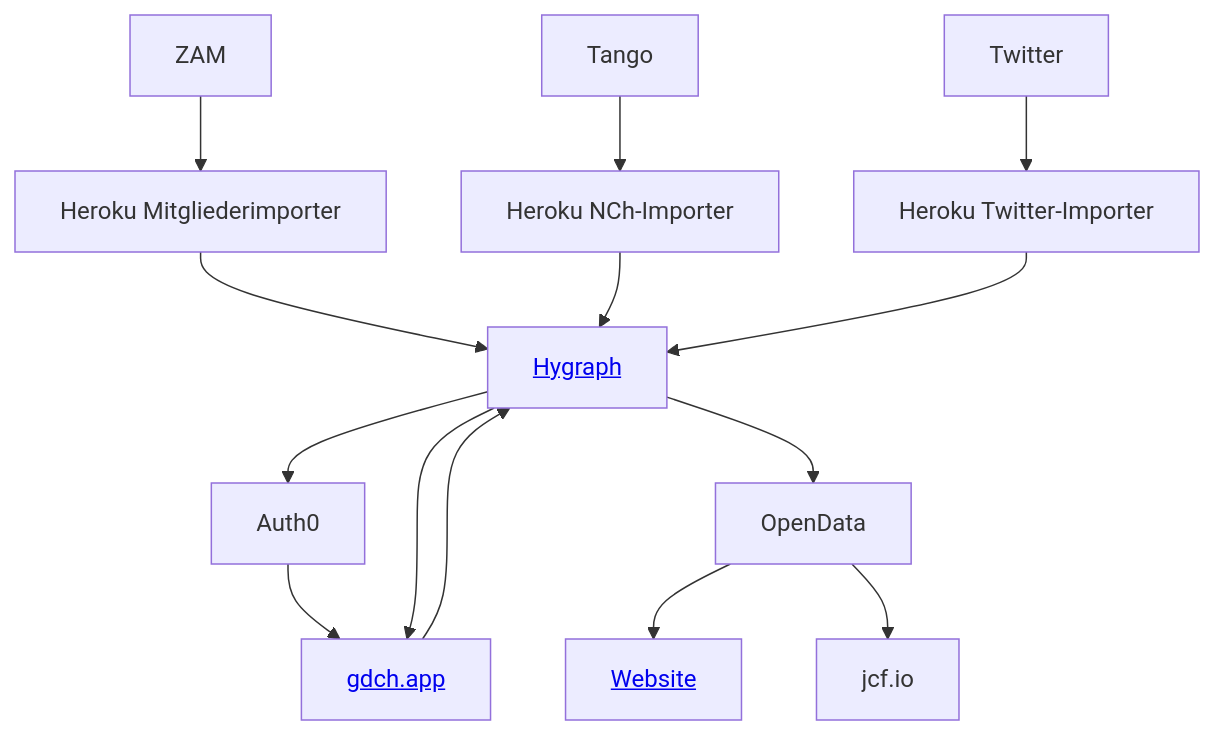
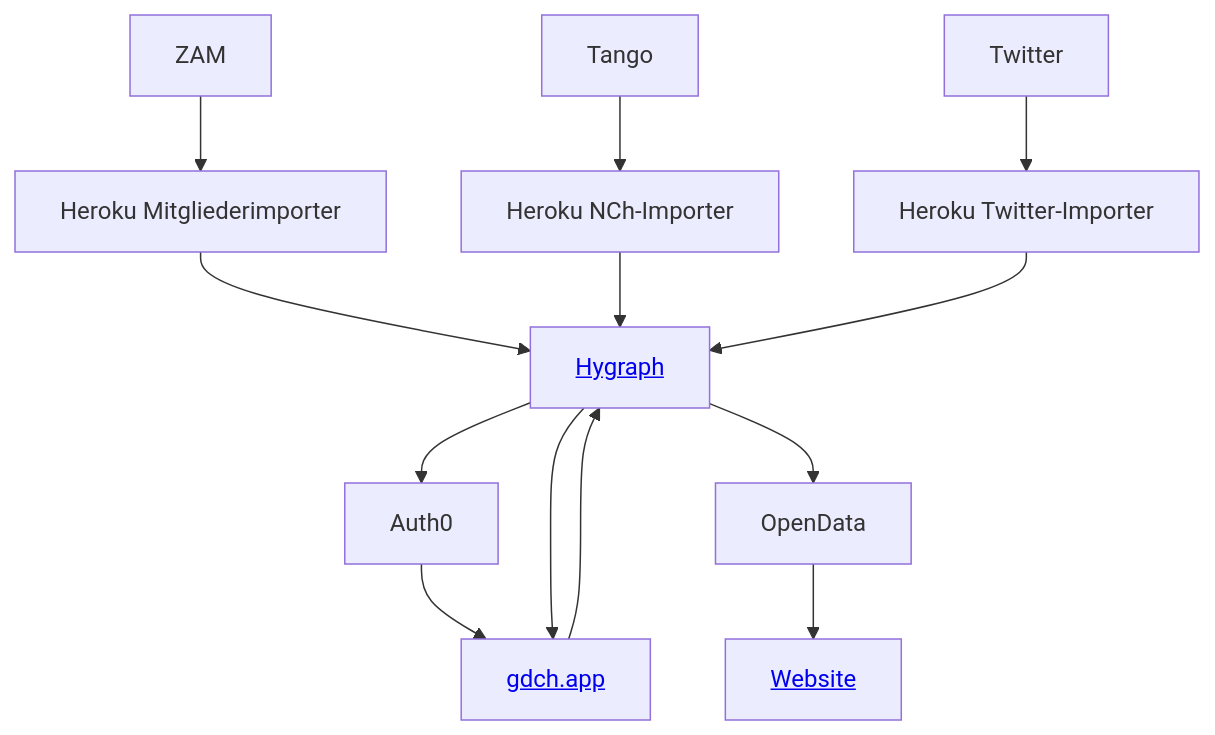
One commit to GDCh-de/docs changed the diagram in infrastructure.md. Above: the diagram before and after it, drawn with Mermaid.

````diff
--- a/infrastructure.md
+++ b/infrastructure.md
@@ -3,9 +3,8 @@
 ```mermaid
 graph TD;
   Hygraph[<a href='/GDCh-de/docs/blob/main/hygraph.md'>Hygraph</a>] --> Auth0 --> App[<a href='https://gdch.app'>gdch.app</a>] --> Hygraph --> App;
   ZAM --> Heroku1[Heroku Mitgliederimporter] --> Hygraph;
   Tango --> Heroku2[Heroku NCh-Importer] --> Hygraph;
   Twitter --> Heroku3[Heroku Twitter-Importer] --> Hygraph;
-  Hygraph --> OpenData --> Website[<a href='https://gdch.de'>Website</a>];
-  OpenData --> jcf.io
+  Hygraph --> OpenData --> Website[<a href='https://gdch.de'>Website</a>]
 ```
````
